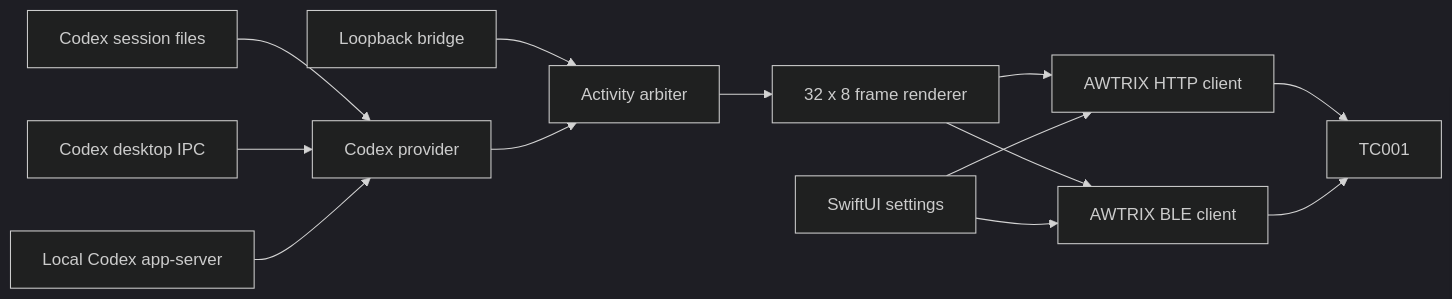
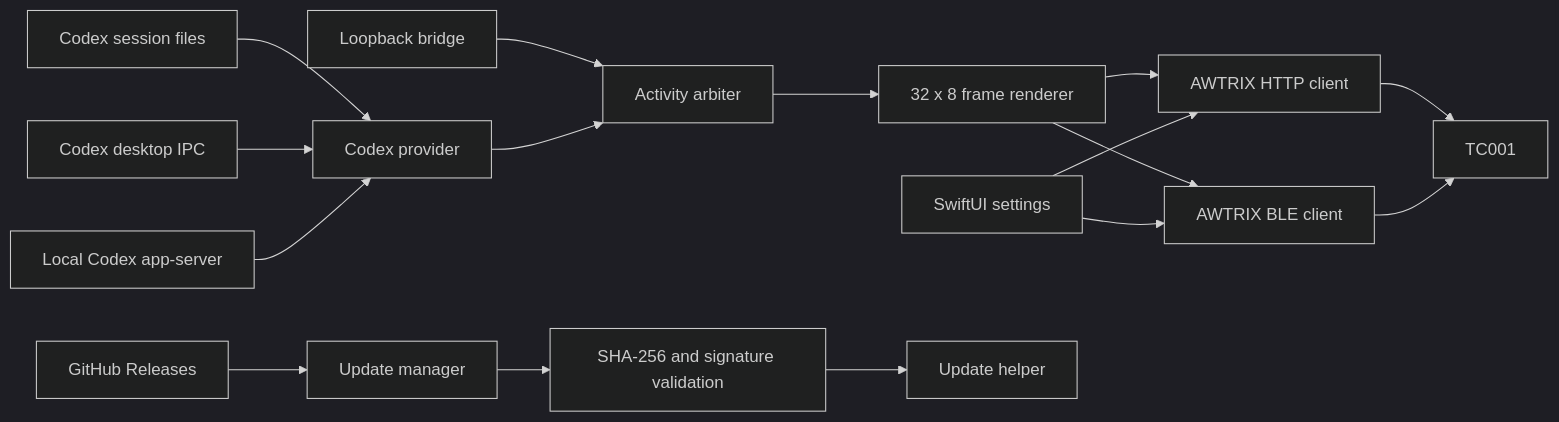
One commit to JesseZhao1990/tc001-codex-bridge-macos changed the diagram in docs/architecture.md. Above: the diagram before and after it, drawn with Mermaid (dark theme). The commit also changed other lines of this file and 17 other files, not shown here.

````diff
--- a/docs/architecture.md
+++ b/docs/architecture.md
@@ -3,15 +3,18 @@
 ```mermaid
 flowchart LR
     S["Codex session files"] --> P["Codex provider"]
     I["Codex desktop IPC"] --> P
     C["Local Codex app-server"] --> P
     H["Loopback bridge"] --> A["Activity arbiter"]
     P --> A
     A --> R["32 x 8 frame renderer"]
     R --> W["AWTRIX HTTP client"]
     R --> B["AWTRIX BLE client"]
     W --> T["TC001"]
     B --> T
     U["SwiftUI settings"] --> W
     U --> B
+    G["GitHub Releases"] --> M["Update manager"]
+    M --> V["SHA-256 and signature validation"]
+    V --> X["Update helper"]
 ```
````
